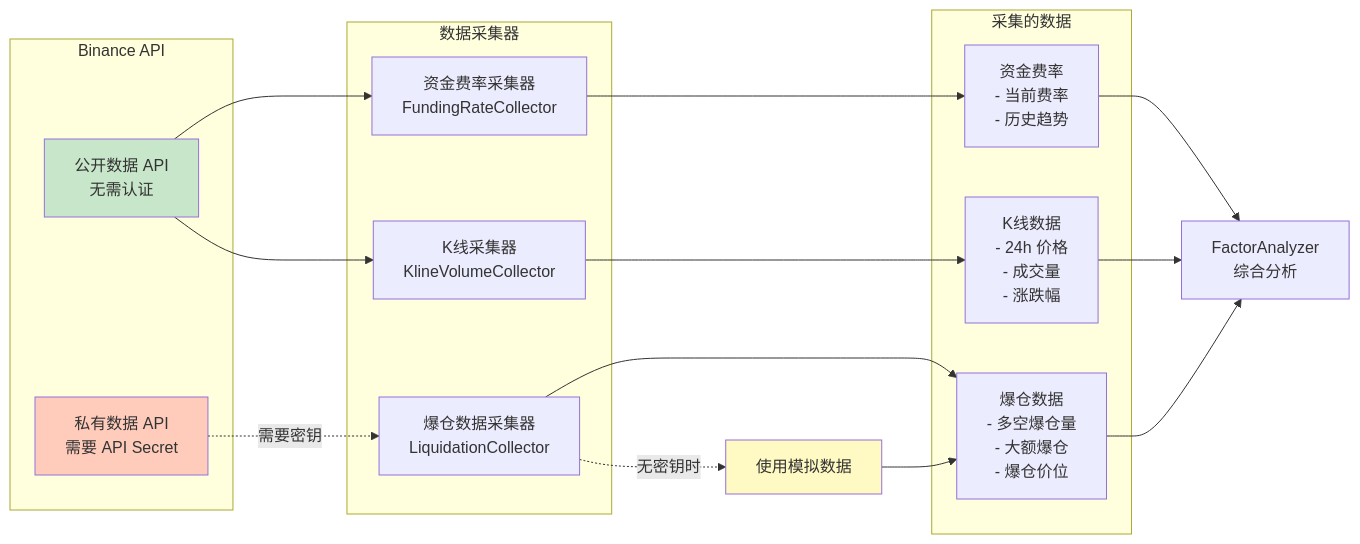
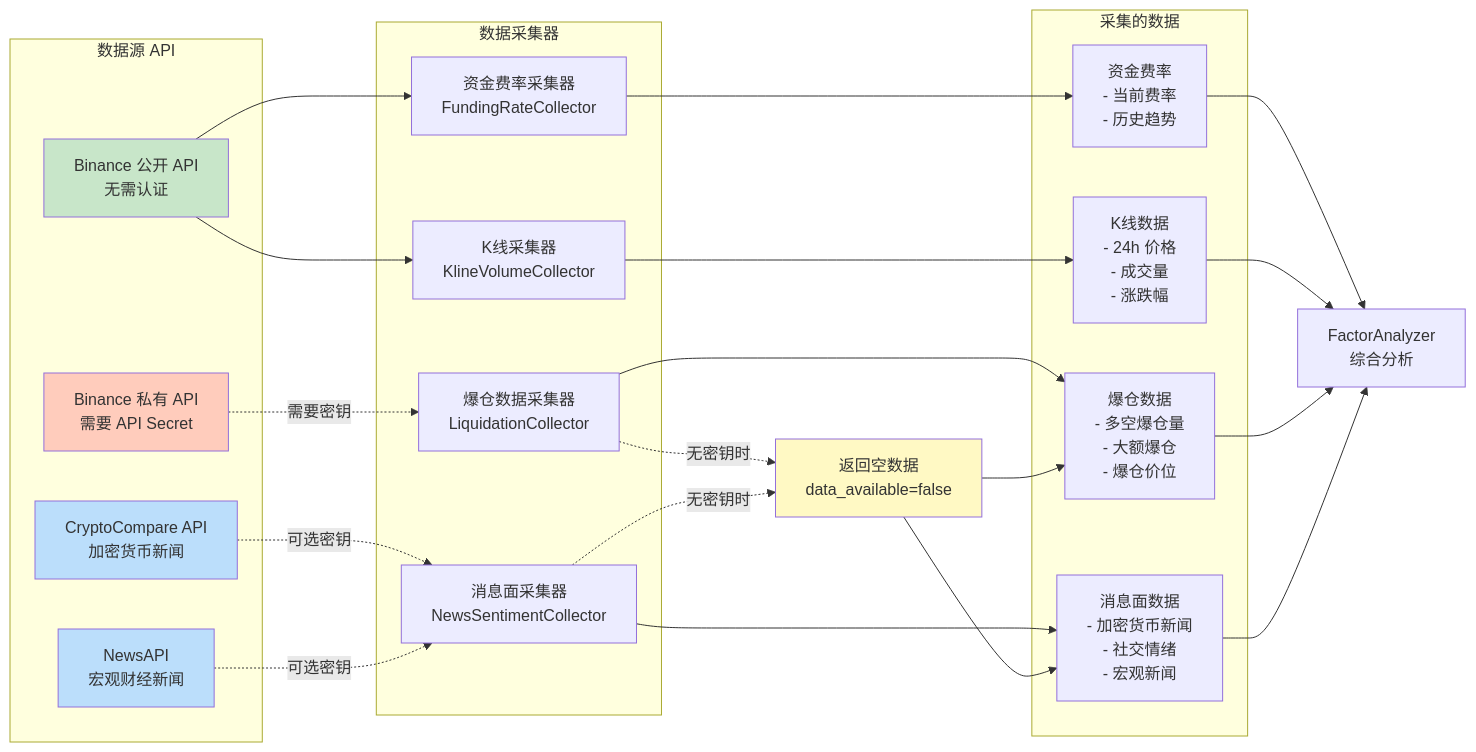
The fourth of 9 diagrams in FLOWCHART.md (tangdafu/TRADEAGENT), drawn with Mermaid before and after one commit. The commit also changed other lines of this file and 12 other files, not shown here.

````diff
--- a/FLOWCHART.md
+++ b/FLOWCHART.md
@@ -48,37 +102,49 @@
 ```mermaid
 graph LR
-    subgraph Binance [Binance API]
-        B1[公开数据 API<br/>无需认证]
-        B2[私有数据 API<br/>需要 API Secret]
+    subgraph Binance [数据源 API]
+        B1[Binance 公开 API<br/>无需认证]
+        B2[Binance 私有 API<br/>需要 API Secret]
+        B3[CryptoCompare API<br/>加密货币新闻]
+        B4[NewsAPI<br/>宏观财经新闻]
     end
 
     subgraph Collectors [数据采集器]
         C1[资金费率采集器<br/>FundingRateCollector]
         C2[K线采集器<br/>KlineVolumeCollector]
         C3[爆仓数据采集器<br/>LiquidationCollector]
+        C4[消息面采集器<br/>NewsSentimentCollector]
     end
 
     subgraph Data [采集的数据]
         D1[资金费率<br/>- 当前费率<br/>- 历史趋势]
         D2[K线数据<br/>- 24h 价格<br/>- 成交量<br/>- 涨跌幅]
         D3[爆仓数据<br/>- 多空爆仓量<br/>- 大额爆仓<br/>- 爆仓价位]
+        D4[消息面数据<br/>- 加密货币新闻<br/>- 社交情绪<br/>- 宏观新闻]
     end
 
     B1 --> C1
     B1 --> C2
     B2 -.需要密钥.-> C3
-    C3 -.无密钥时.-> MockData[使用模拟数据]
+    B3 -.可选密钥.-> C4
+    B4 -.可选密钥.-> C4
+    C3 -.无密钥时.-> EmptyData[返回空数据<br/>data_available=false]
+    C4 -.无密钥时.-> EmptyData
 
     C1 --> D1
     C2 --> D2
     C3 --> D3
-    MockData --> D3
+    C4 --> D4
+    EmptyData --> D3
+    EmptyData --> D4
 
     D1 --> Analyzer[FactorAnalyzer<br/>综合分析]
     D2 --> Analyzer
     D3 --> Analyzer
+    D4 --> Analyzer
 
     style B1 fill:#c8e6c9
     style B2 fill:#ffccbc
-    style MockData fill:#fff9c4
+    style B3 fill:#bbdefb
+    style B4 fill:#bbdefb
+    style EmptyData fill:#fff9c4
 ```
````
